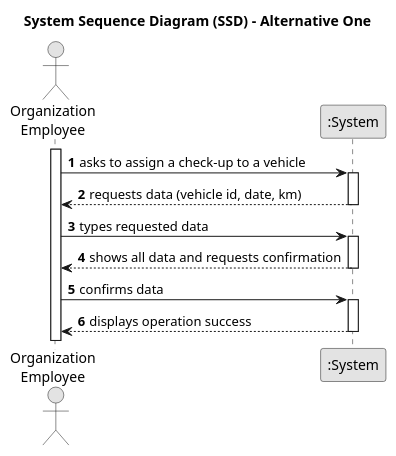
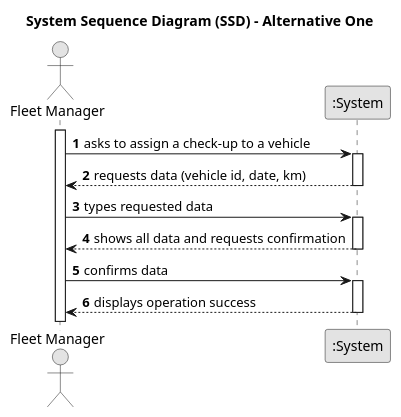
One commit to Departamento-de-Engenharia-Informatica/lei-24-s2-1dl-g121 changed the diagram in docs/sprintA/us007/01.requirements-engineering/puml/us007-system-sequence-diagram-alternative-one.puml. Above: the diagram before and after it, drawn with PlantUML. The commit also changed 2 other files, not shown here.

```diff
--- a/docs/sprintA/us007/01.requirements-engineering/puml/us007-system-sequence-diagram-alternative-one.puml
+++ b/docs/sprintA/us007/01.requirements-engineering/puml/us007-system-sequence-diagram-alternative-one.puml
@@ -1,33 +1,33 @@
 @startuml
 skinparam monochrome true
 skinparam packageStyle rectangle
 skinparam shadowing false
 
 title System Sequence Diagram (SSD) - Alternative One
 
 autonumber
 
-actor "Organization\nEmployee" as Employee
+actor "Fleet Manager" as Employee
 participant ":System" as System
 
 activate Employee
 
     Employee -> System : asks to assign a check-up to a vehicle
     activate System
 
         System --> Employee : requests data (vehicle id, date, km)
     deactivate System
 
     Employee -> System : types requested data
     activate System
 
         System --> Employee : shows all data and requests confirmation
     deactivate System
 
     Employee -> System : confirms data
     activate System
 
         System --> Employee : displays operation success
     deactivate System
 
 @enduml
```
